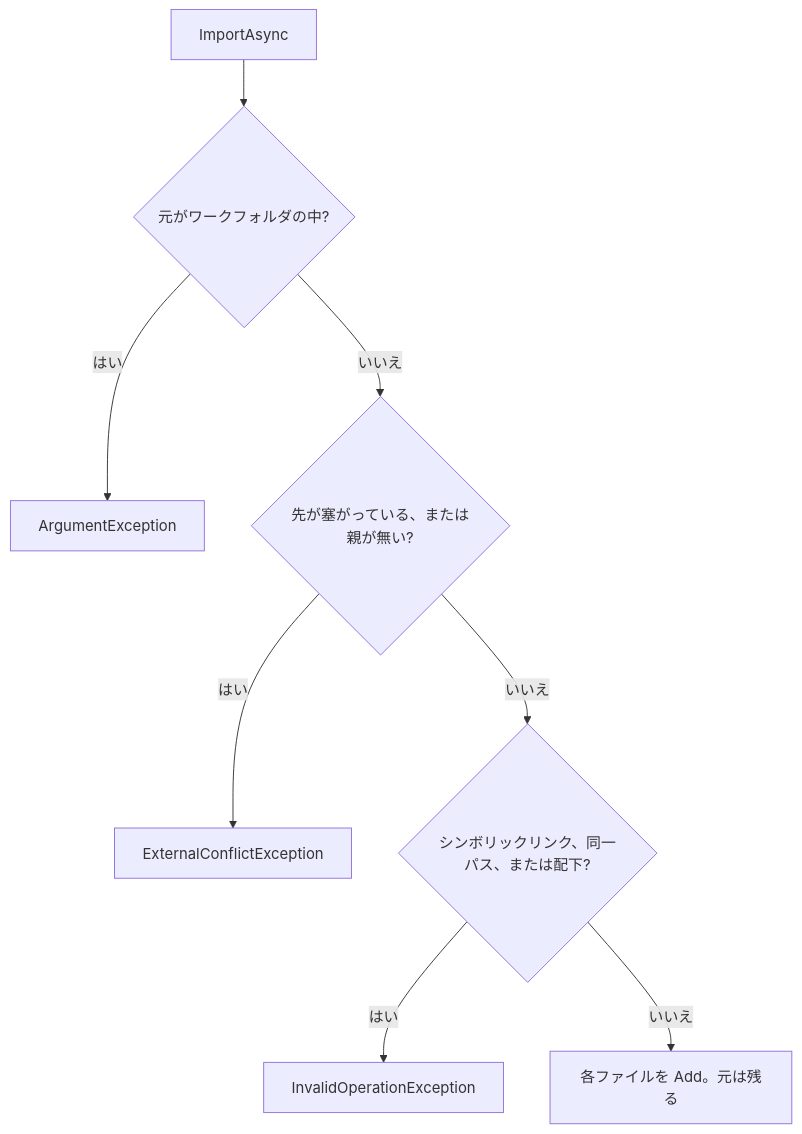
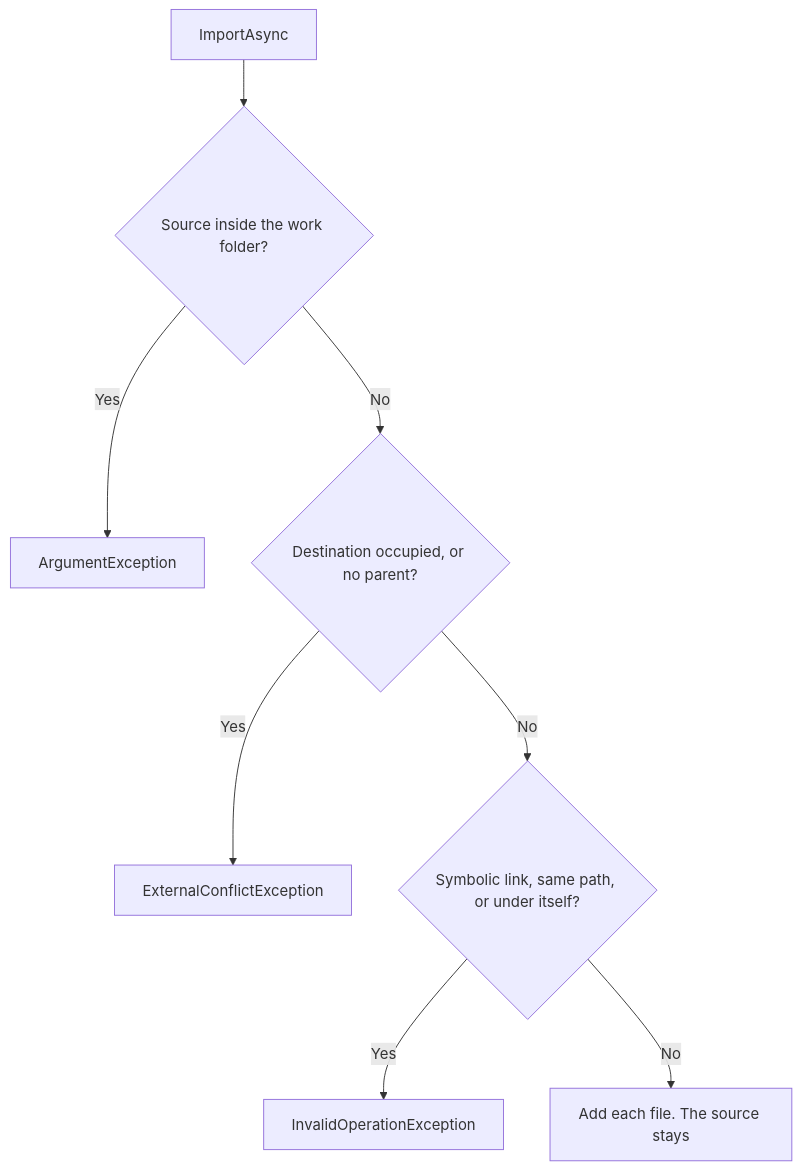
Before and after one commit to YUKIKEDA/Txfio: diagram 12 of 15 in README.md, drawn with Mermaid. The commit also changed other lines of this file and 218 other files, not shown here.

````diff
--- a/README.md
+++ b/README.md
@@ -400,10 +402,10 @@
 ```mermaid
 flowchart TD
-  imp["ImportAsync"] --> inside{"元がワークフォルダの中?"}
-  inside -->|はい| arg["ArgumentException"]
-  inside -->|いいえ| blocked{"先が塞がっている、または親が無い?"}
-  blocked -->|はい| ext["ExternalConflictException"]
-  blocked -->|いいえ| bad{"シンボリックリンク、同一パス、または配下?"}
-  bad -->|はい| inv["InvalidOperationException"]
-  bad -->|いいえ| add["各ファイルを Add。元は残る"]
+  imp["ImportAsync"] --> inside{"Source inside the work folder?"}
+  inside -->|Yes| arg["ArgumentException"]
+  inside -->|No| blocked{"Destination occupied, or no parent?"}
+  blocked -->|Yes| ext["ExternalConflictException"]
+  blocked -->|No| bad{"Symbolic link, same path, or under itself?"}
+  bad -->|Yes| inv["InvalidOperationException"]
+  bad -->|No| add["Add each file. The source stays"]
 ```
````
